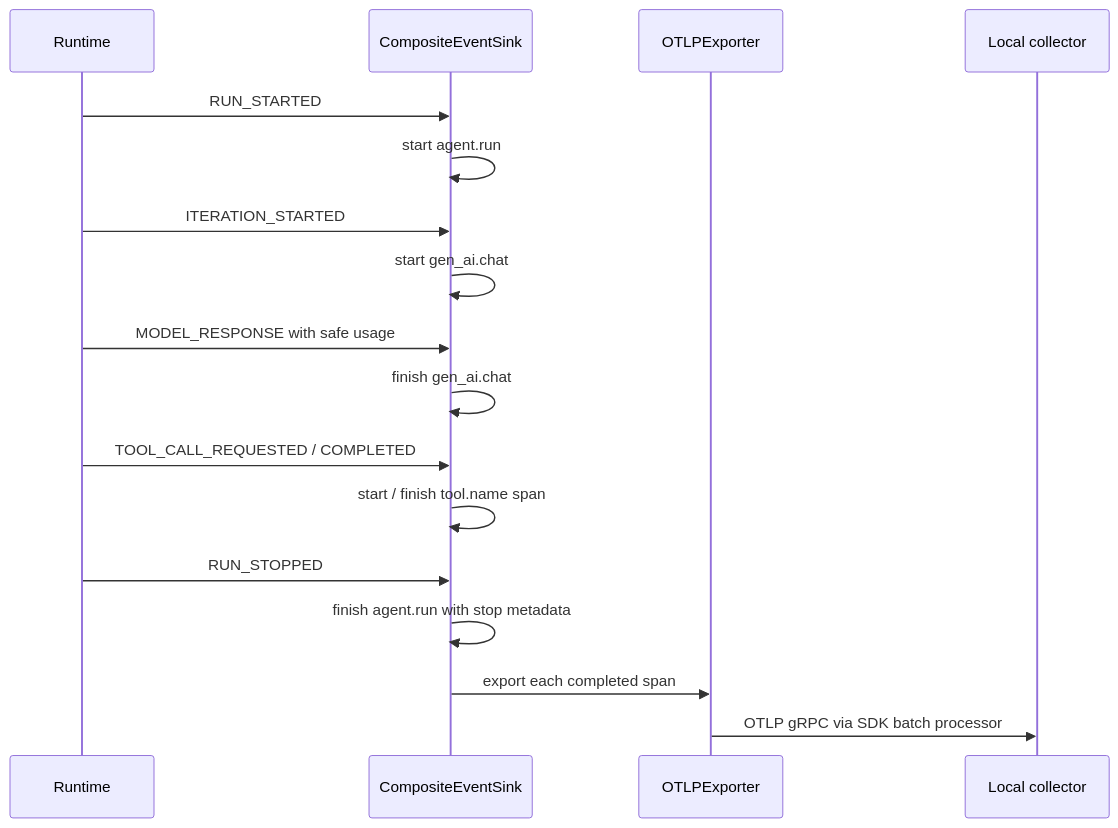
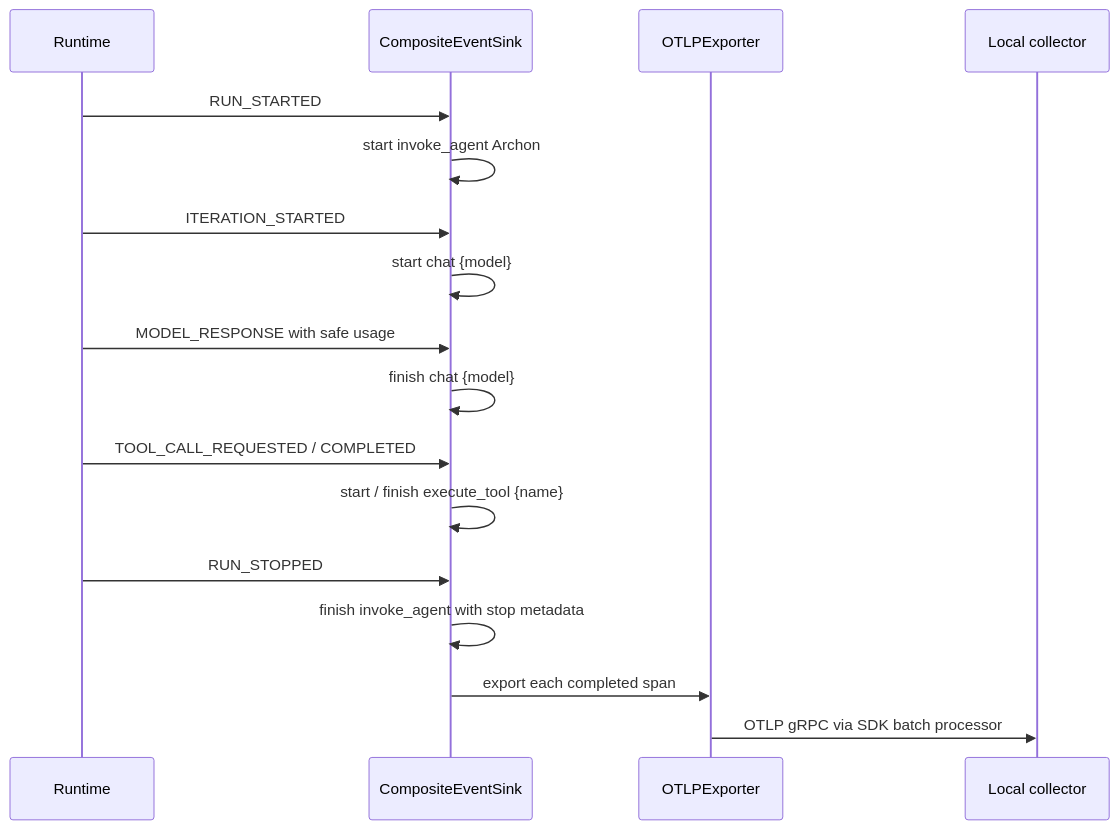
One commit to levalencia/archon changed the second of 3 diagrams in docs/course/concepts/tracing-opentelemetry.md. Above: the diagram before and after it, drawn with Mermaid. The commit also changed other lines of this file and 56 other files, not shown here.

````diff
--- a/docs/course/concepts/tracing-opentelemetry.md
+++ b/docs/course/concepts/tracing-opentelemetry.md
@@ -58,19 +61,19 @@
 ```mermaid
 sequenceDiagram
     participant R as Runtime
     participant S as CompositeEventSink
     participant X as OTLPExporter
     participant C as Local collector
     R->>S: RUN_STARTED
-    S->>S: start agent.run
+    S->>S: start invoke_agent Archon
     R->>S: ITERATION_STARTED
-    S->>S: start gen_ai.chat
+    S->>S: start chat {model}
     R->>S: MODEL_RESPONSE with safe usage
-    S->>S: finish gen_ai.chat
+    S->>S: finish chat {model}
     R->>S: TOOL_CALL_REQUESTED / COMPLETED
-    S->>S: start / finish tool.name span
+    S->>S: start / finish execute_tool {name}
     R->>S: RUN_STOPPED
-    S->>S: finish agent.run with stop metadata
+    S->>S: finish invoke_agent with stop metadata
     S->>X: export each completed span
     X->>C: OTLP gRPC via SDK batch processor
 ```
````
